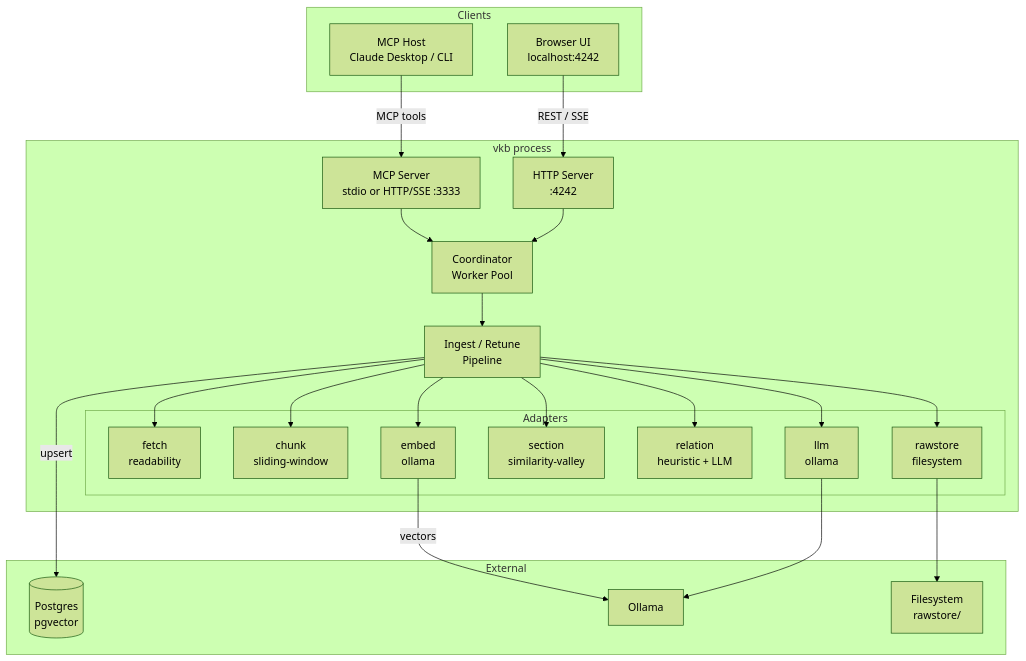
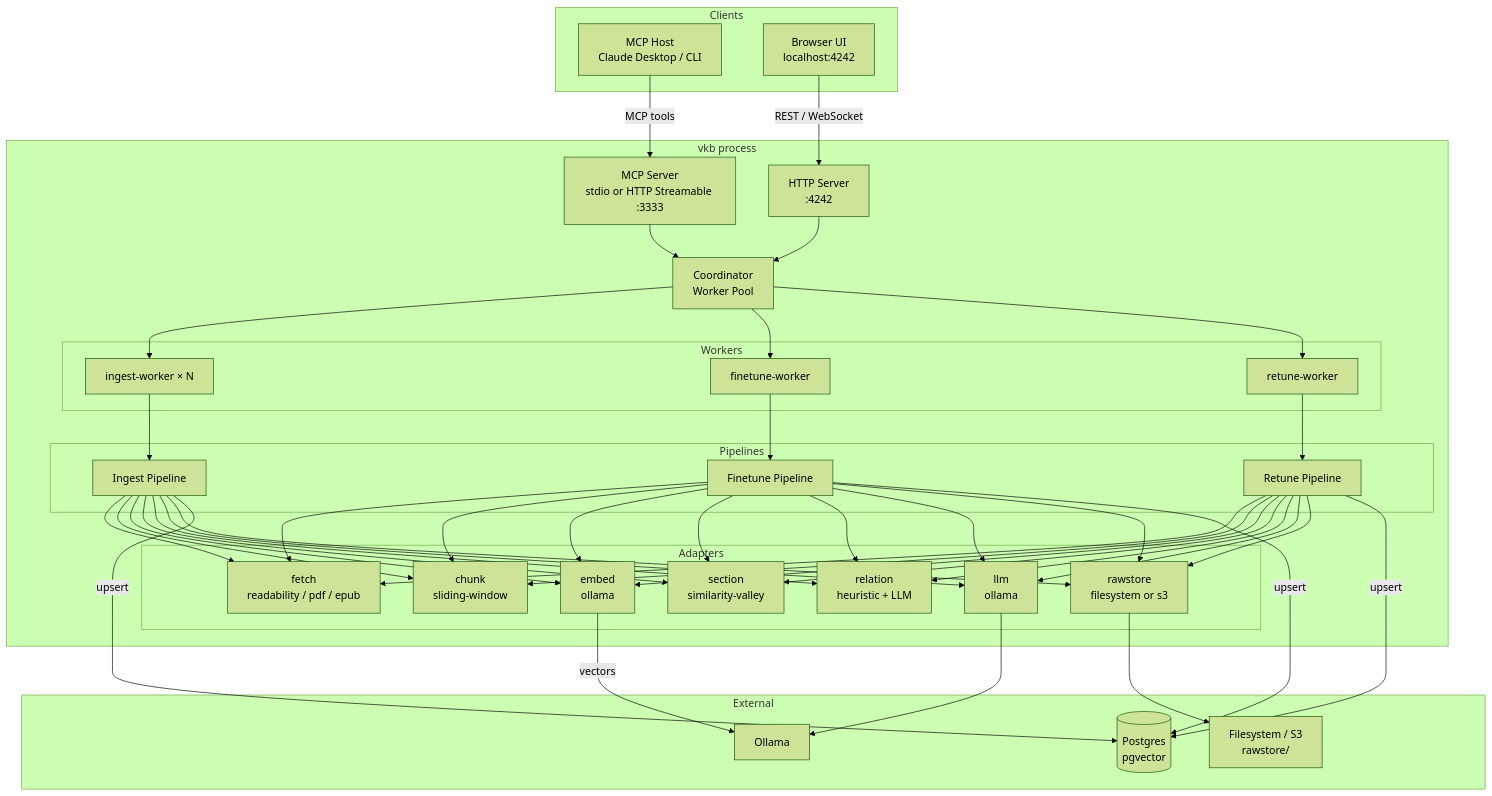
Before and after one commit to inkiebeard/galactic-vkb: the first of 3 diagrams in README.md, drawn with Mermaid (forest theme). The commit also changed other lines of this file, not shown here.

````diff
--- a/README.md
+++ b/README.md
@@ -9,41 +9,55 @@
 ```mermaid
 graph TD
     subgraph Clients
         A[MCP Host\nClaude Desktop / CLI]
         B[Browser UI\nlocalhost:4242]
     end
 
     subgraph vkb process
-        MCP[MCP Server\nstdio or HTTP/SSE :3333]
+        MCP[MCP Server\nstdio or HTTP Streamable :3333]
         HTTP[HTTP Server\n:4242]
         COORD[Coordinator\nWorker Pool]
-        PIPE[Ingest / Retune\nPipeline]
+
+        subgraph Workers
+            IW[ingest-worker × N]
+            FW[finetune-worker]
+            RW[retune-worker]
+        end
+
+        subgraph Pipelines
+            IPIPE[Ingest Pipeline]
+            FPIPE[Finetune Pipeline]
+            RPIPE[Retune Pipeline]
+        end
 
         subgraph Adapters
-            FETCH[fetch\nreadability]
+            FETCH[fetch\nreadability / pdf / epub]
             CHUNK[chunk\nsliding-window]
             EMBED[embed\nollama]
             SECT[section\nsimilarity-valley]
             REL[relation\nheuristic + LLM]
             LLM[llm\nollama]
-            RAW[rawstore\nfilesystem]
+            RAW[rawstore\nfilesystem or s3]
         end
     end
 
     subgraph External
         PG[(Postgres\npgvector)]
         OLL[Ollama]
-        FS[Filesystem\nrawstore/]
+        FS[Filesystem / S3\nrawstore/]
     end
 
     A -->|MCP tools| MCP
-    B -->|REST / SSE| HTTP
+    B -->|REST / WebSocket| HTTP
     MCP --> COORD
     HTTP --> COORD
-    COORD --> PIPE
-    PIPE --> FETCH & CHUNK & EMBED & SECT & REL & LLM & RAW
+    COORD --> IW & FW & RW
+    IW --> IPIPE
+    FW --> FPIPE
+    RW --> RPIPE
+    IPIPE & FPIPE & RPIPE --> FETCH & CHUNK & EMBED & SECT & REL & LLM & RAW
     EMBED -->|vectors| OLL
     LLM --> OLL
     RAW --> FS
-    PIPE -->|upsert| PG
+    IPIPE & FPIPE & RPIPE -->|upsert| PG
 ```
````
